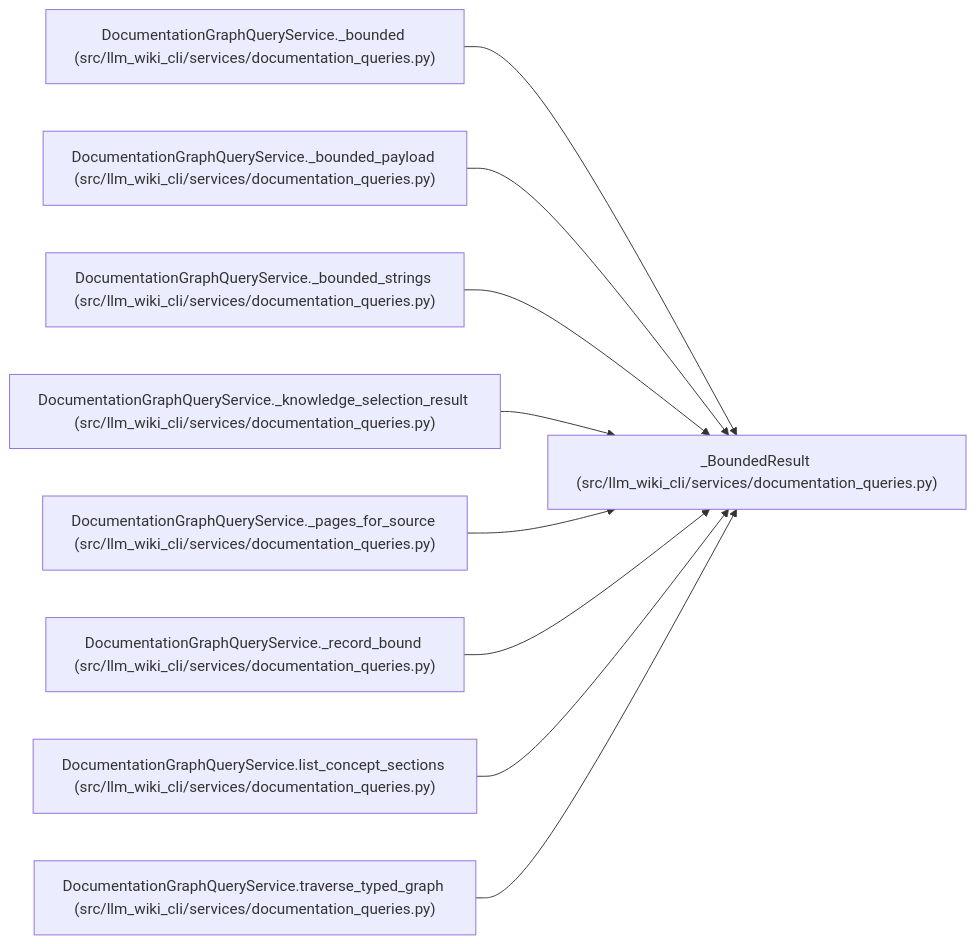
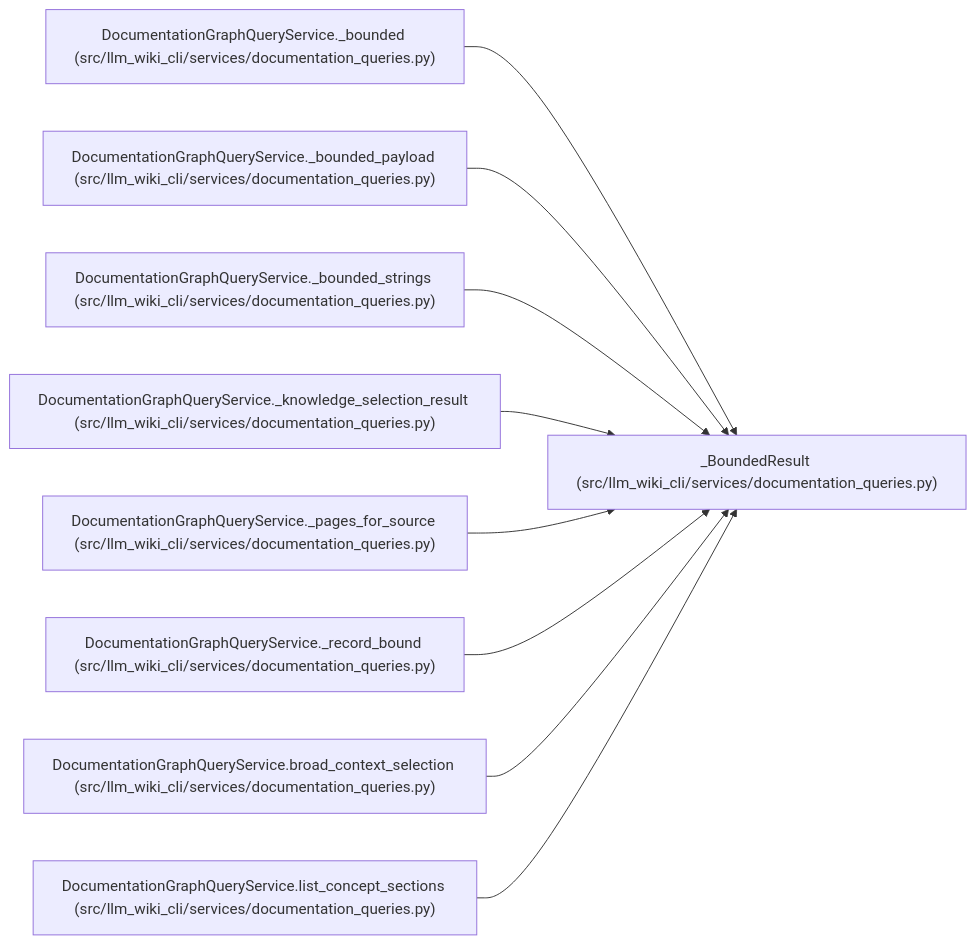
One commit to Denissvgn/python-wiki-llm changed the diagram in docs/llm_wiki/entities/BoundedResult.md. Above: the diagram before and after it, drawn with Mermaid. The commit also changed other lines of this file and 364 other files, not shown here.

````diff
--- a/docs/llm_wiki/entities/BoundedResult.md
+++ b/docs/llm_wiki/entities/BoundedResult.md
@@ -32,29 +32,29 @@
 ```mermaid
 flowchart LR
     n0["_BoundedResult (src/llm_wiki_cli/services/documentation_queries.py)"]
     n1["DocumentationGraphQueryService._bounded (src/llm_wiki_cli/services/documentation_queries.py)"]
     n2["DocumentationGraphQueryService._bounded_payload (src/llm_wiki_cli/services/documentation_queries.py)"]
     n3["DocumentationGraphQueryService._bounded_strings (src/llm_wiki_cli/services/documentation_queries.py)"]
     n4["DocumentationGraphQueryService._knowledge_selection_result (src/llm_wiki_cli/services/documentation_queries.py)"]
     n5["DocumentationGraphQueryService._pages_for_source (src/llm_wiki_cli/services/documentation_queries.py)"]
     n6["DocumentationGraphQueryService._record_bound (src/llm_wiki_cli/services/documentation_queries.py)"]
-    n7["DocumentationGraphQueryService.list_concept_sections (src/llm_wiki_cli/services/documentation_queries.py)"]
-    n8["DocumentationGraphQueryService.traverse_typed_graph (src/llm_wiki_cli/services/documentation_queries.py)"]
+    n7["DocumentationGraphQueryService.broad_context_selection (src/llm_wiki_cli/services/documentation_queries.py)"]
+    n8["DocumentationGraphQueryService.list_concept_sections (src/llm_wiki_cli/services/documentation_queries.py)"]
     n1 --> n0
     n2 --> n0
     n3 --> n0
     n4 --> n0
     n5 --> n0
     n6 --> n0
     n7 --> n0
     n8 --> n0
     click n0 "../modules/documentation_queries.md"
     click n1 "../modules/documentation_queries.md"
     click n2 "../modules/documentation_queries.md"
     click n3 "../modules/documentation_queries.md"
     click n4 "../modules/documentation_queries.md"
     click n5 "../modules/documentation_queries.md"
     click n6 "../modules/documentation_queries.md"
     click n7 "../modules/documentation_queries.md"
     click n8 "../modules/documentation_queries.md"
 ```
````
